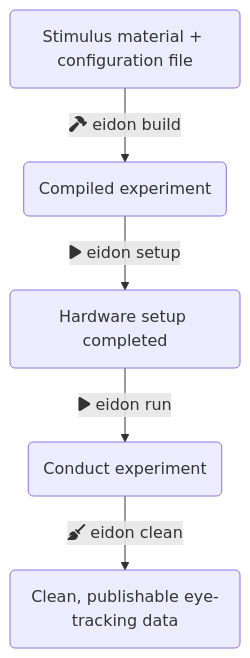
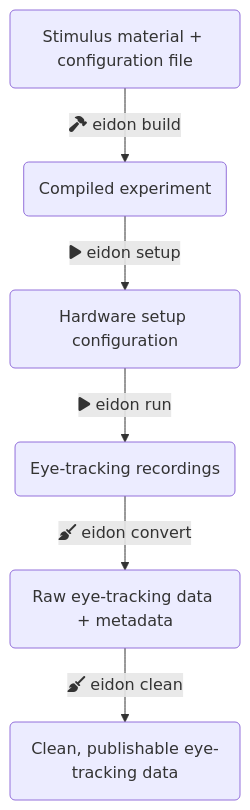
The diagram in docs/index.md (saeub/eidon), drawn with Mermaid before and after one commit. The commit also changed other lines of this file, not shown here.

````diff
--- a/docs/index.md
+++ b/docs/index.md
@@ -31,7 +31,8 @@
 ```mermaid
 flowchart TD
     A("Stimulus material + configuration file") -->|fa:fa-hammer eidon build| B(Compiled experiment)
-    B -->|fa:fa-play eidon setup| C(Hardware setup completed)
-    C -->|fa:fa-play eidon run| D(Conduct experiment)
-    D -->|fa:fa-broom eidon clean| E(Clean, publishable eye-tracking data)
+    B -->|fa:fa-play eidon setup| C(Hardware setup configuration)
+    C -->|fa:fa-play eidon run| D(Eye-tracking recordings)
+    D -->|fa:fa-broom eidon convert| E(Raw eye-tracking data + metadata)
+    E -->|fa:fa-broom eidon clean| F(Clean, publishable eye-tracking data)
 ```
````
